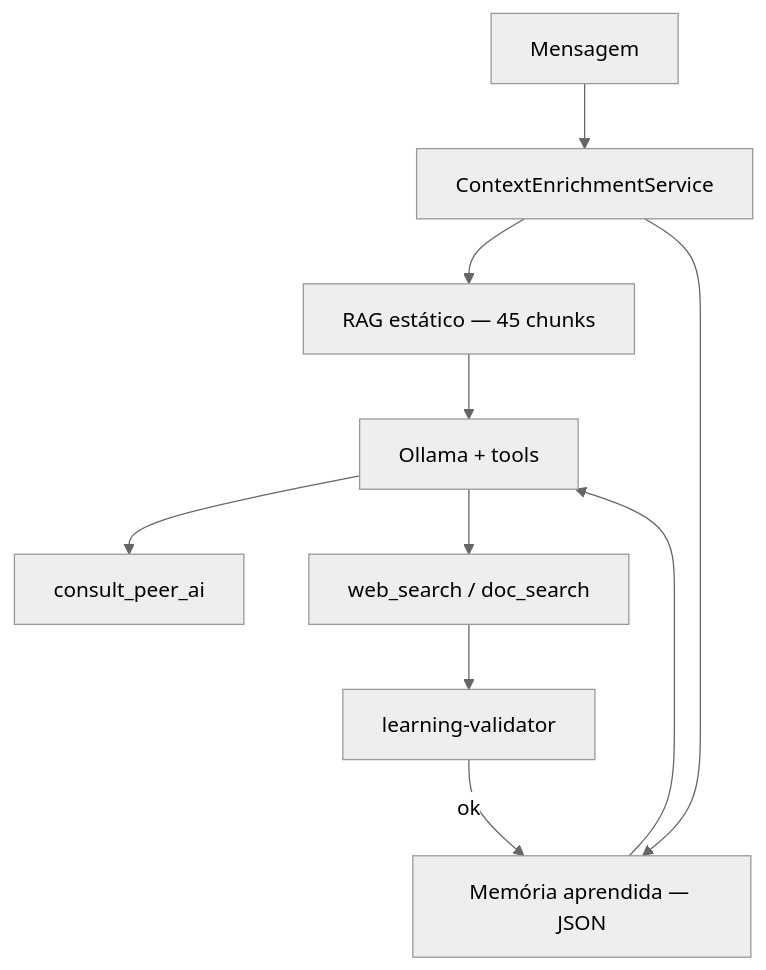
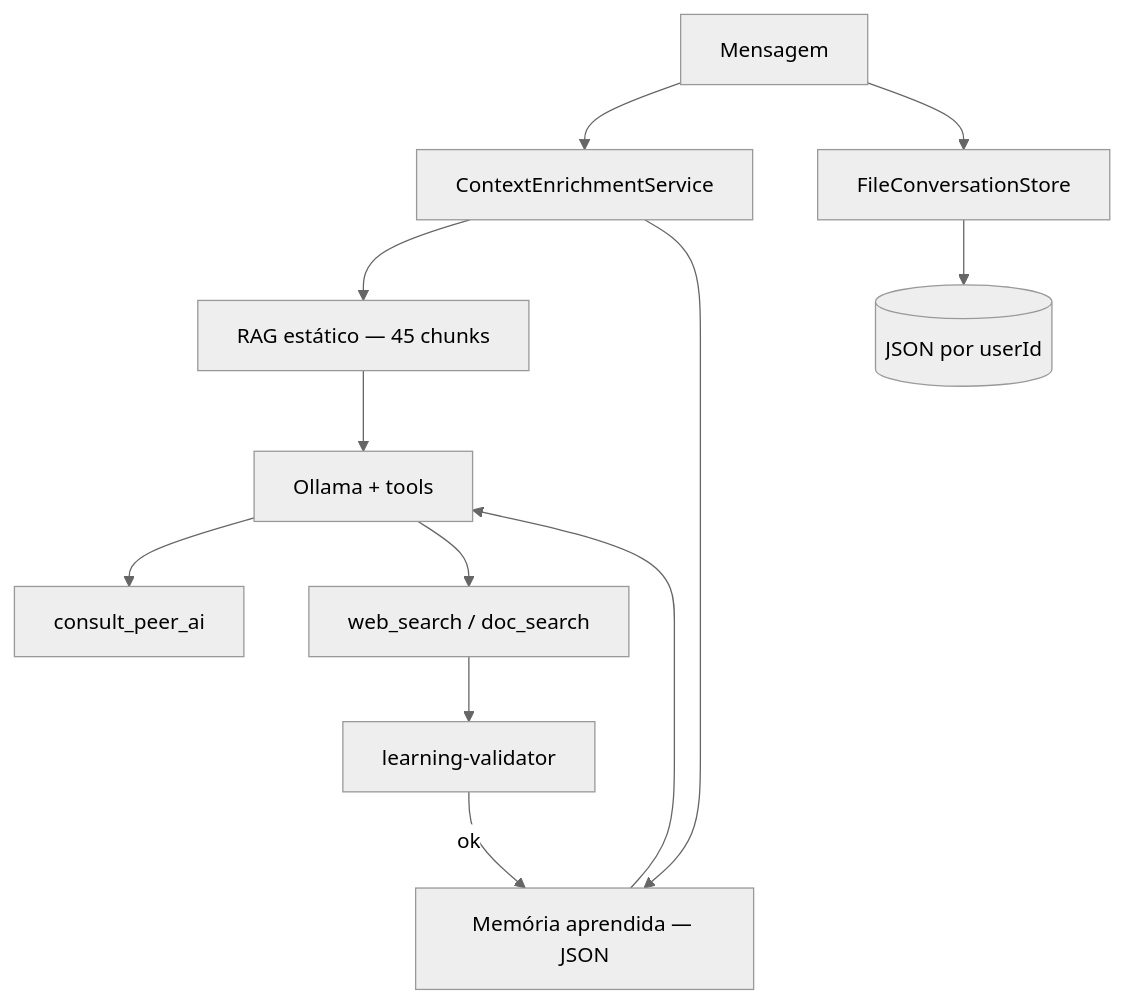
Before and after one commit to FranciscoStanley/MyJarvis: the diagram in services/service-ai/README.md, drawn with Mermaid (neutral theme). The commit also changed other lines of this file and 19 other files, not shown here.

````diff
--- a/services/service-ai/README.md
+++ b/services/service-ai/README.md
@@ -35,12 +38,14 @@
 ```mermaid
 flowchart TB
     MSG[Mensagem] --> CTX[ContextEnrichmentService]
     CTX --> RAG[RAG estático — 45 chunks]
     CTX --> MEM[Memória aprendida — JSON]
     RAG --> OLLAMA[Ollama + tools]
     MEM --> OLLAMA
     OLLAMA --> PEER[consult_peer_ai]
     OLLAMA --> SEARCH[web_search / doc_search]
     SEARCH --> VAL[learning-validator]
     VAL -->|ok| MEM
+    MSG --> CONV[FileConversationStore]
+    CONV --> FS[(JSON por userId)]
 ```
````
